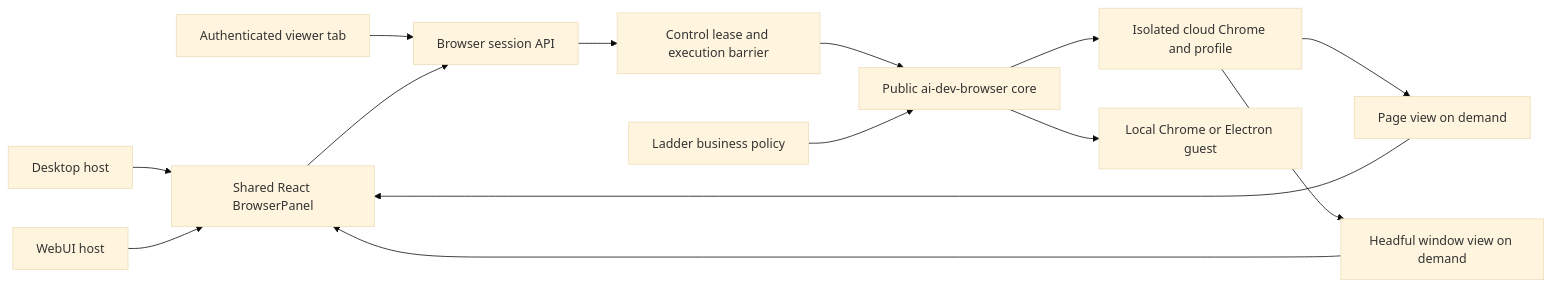
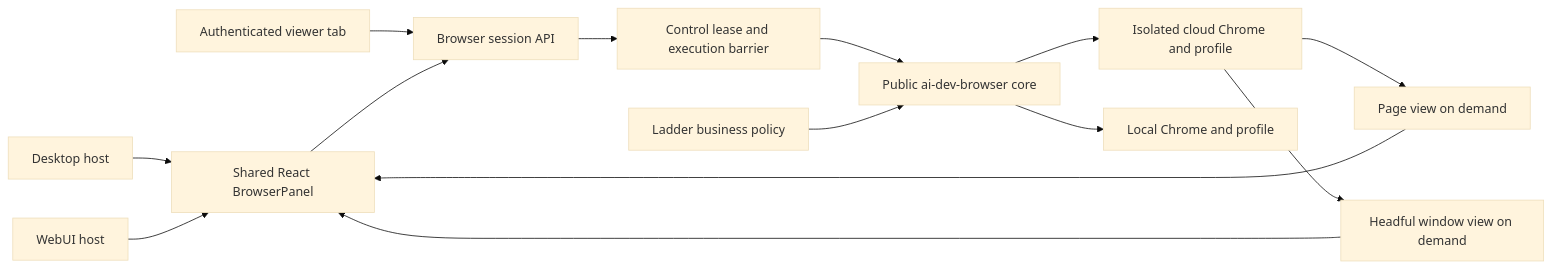
One commit to sudoprivacy/sudowork changed the first of 3 diagrams in docs/sudowork-browser-sessions.md. Above: the diagram before and after it, drawn with Mermaid (base theme). The commit also changed other lines of this file and 8 other files, not shown here.

````diff
--- a/docs/sudowork-browser-sessions.md
+++ b/docs/sudowork-browser-sessions.md
@@ -34,16 +33,16 @@
 ```mermaid
 flowchart LR
   Desktop[Desktop host] --> Panel[Shared React BrowserPanel]
   Web[WebUI host] --> Panel
   NewTab[Authenticated viewer tab] --> Session[Browser session API]
   Panel --> Session
   Session --> Lease[Control lease and execution barrier]
   Lease --> Core[Public ai-dev-browser core]
   Core --> Cloud[Isolated cloud Chrome and profile]
-  Core --> Local[Local Chrome or Electron guest]
+  Core --> Local[Local Chrome and profile]
   Cloud --> Page[Page view on demand]
   Cloud --> Window[Headful window view on demand]
   Page --> Panel
   Window --> Panel
   Private[Ladder business policy] --> Core
 ```
````
